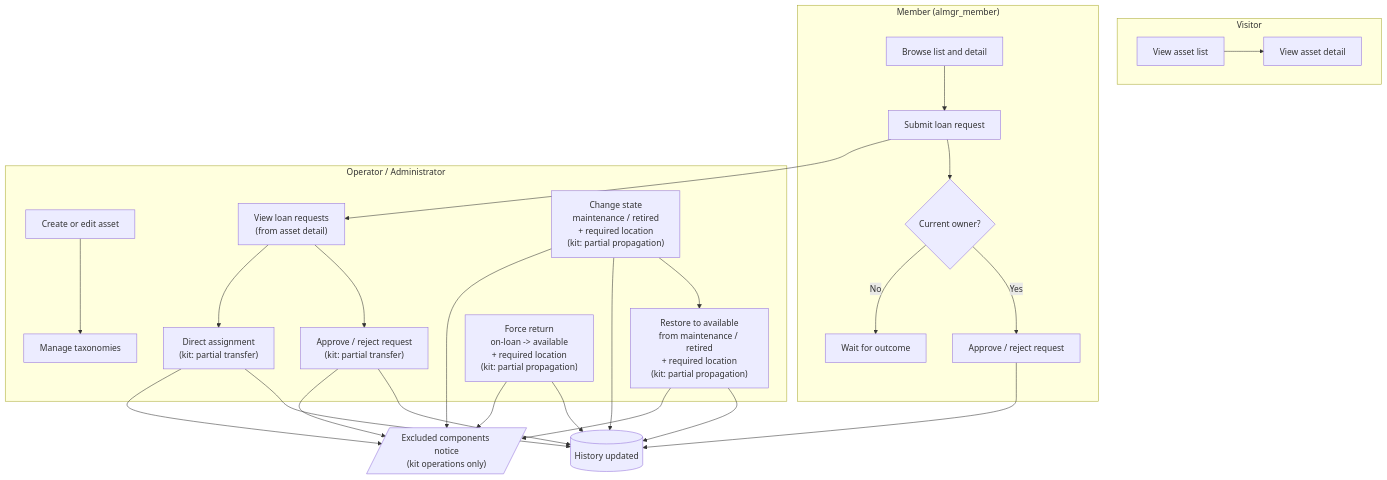
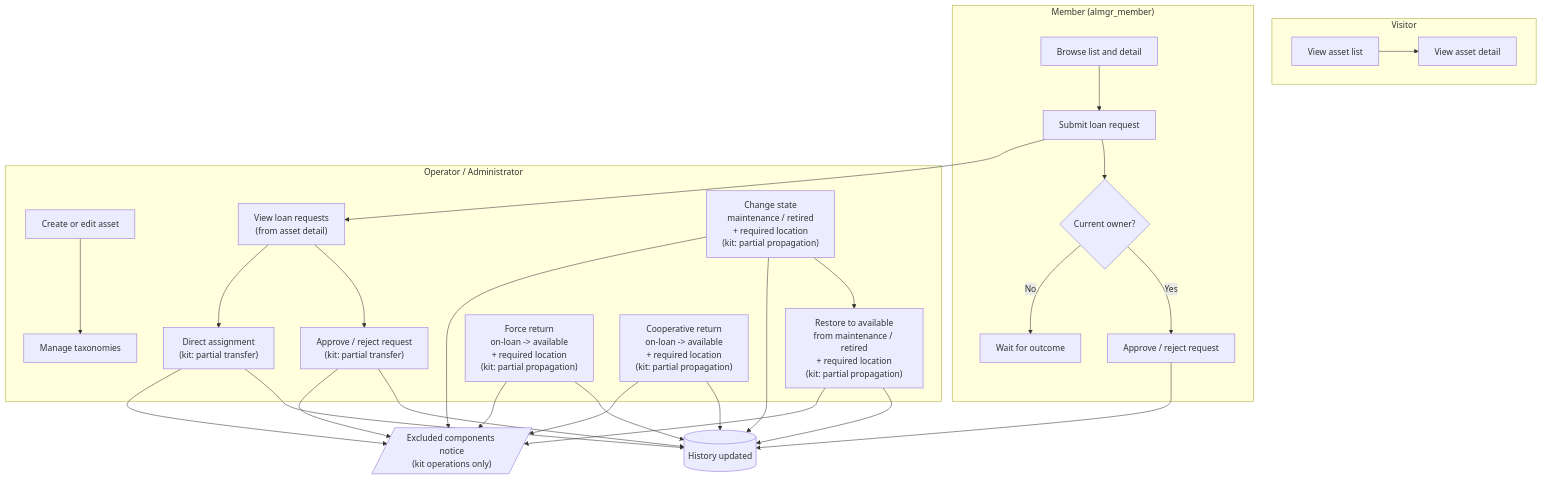
Before and after one commit to ilclaudio/asset-lending-manager: the diagram in DOC/RoleActionsSwimlane.md, drawn with Mermaid. The commit also changed other lines of this file and 30 other files, not shown here.

````diff
--- a/DOC/RoleActionsSwimlane.md
+++ b/DOC/RoleActionsSwimlane.md
@@ -10,50 +10,53 @@
 ```mermaid
 flowchart TD
   subgraph VIS["Visitor"]
     V1["View asset list"]
     V2["View asset detail"]
     V1 --> V2
   end
 
   subgraph MEM["Member (almgr_member)"]
     M1["Browse list and detail"]
     M2["Submit loan request"]
     M3{"Current owner?"}
     M4["Approve / reject request"]
     M5["Wait for outcome"]
     M1 --> M2 --> M3
     M3 -->|Yes| M4
     M3 -->|No| M5
   end
 
   subgraph OPE["Operator / Administrator"]
     O1["Create or edit asset"]
     O2["Manage taxonomies"]
     O3["View loan requests\n(from asset detail)"]
     O4["Approve / reject request\n(kit: partial transfer)"]
     O5["Direct assignment\n(kit: partial transfer)"]
     O6["Change state\nmaintenance / retired\n+ required location\n(kit: partial propagation)"]
     O7["Restore to available\nfrom maintenance / retired\n+ required location\n(kit: partial propagation)"]
     O8["Force return\non-loan -> available\n+ required location\n(kit: partial propagation)"]
+    O9["Cooperative return\non-loan -> available\n+ required location\n(kit: partial propagation)"]
     O1 --> O2
     O3 --> O4
     O3 --> O5
     O6 --> O7
   end
 
   EX[/"Excluded components notice\n(kit operations only)"/]
   H1[("History updated")]
 
   M2 --> O3
   M4 --> H1
   O4 --> H1
   O4 --> EX
   O5 --> H1
   O5 --> EX
   O6 --> H1
   O6 --> EX
   O7 --> H1
   O7 --> EX
   O8 --> H1
   O8 --> EX
+  O9 --> H1
+  O9 --> EX
 ```
````
